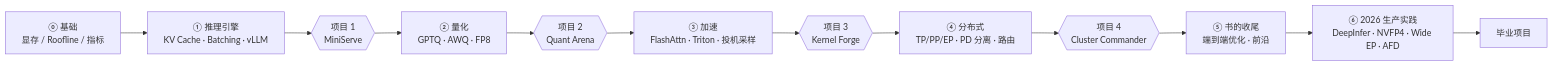
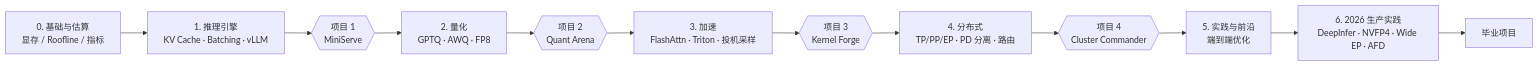
One commit to zrpxx/hands-on-llm-serving-opt changed the diagram in README.md. Above: the diagram before and after it, drawn with Mermaid. The commit also changed other lines of this file and 95 other files, not shown here.

````diff
--- a/README.md
+++ b/README.md
@@ -28,14 +28,14 @@
 ```mermaid
 flowchart LR
-  S0["⓪ 基础<br/>显存 / Roofline / 指标"] --> S1["① 推理引擎<br/>KV Cache · Batching · vLLM"]
+  S0["0. 基础与估算<br/>显存 / Roofline / 指标"] --> S1["1. 推理引擎<br/>KV Cache · Batching · vLLM"]
   S1 --> B1{{"项目 1<br/>MiniServe"}}
-  B1 --> S2["② 量化<br/>GPTQ · AWQ · FP8"]
+  B1 --> S2["2. 量化<br/>GPTQ · AWQ · FP8"]
   S2 --> B2{{"项目 2<br/>Quant Arena"}}
-  B2 --> S3["③ 加速<br/>FlashAttn · Triton · 投机采样"]
+  B2 --> S3["3. 加速<br/>FlashAttn · Triton · 投机采样"]
   S3 --> B3{{"项目 3<br/>Kernel Forge"}}
-  B3 --> S4["④ 分布式<br/>TP/PP/EP · PD 分离 · 路由"]
+  B3 --> S4["4. 分布式<br/>TP/PP/EP · PD 分离 · 路由"]
   S4 --> B4{{"项目 4<br/>Cluster Commander"}}
-  B4 --> S5["⑤ 书的收尾<br/>端到端优化 · 前沿"]
-  S5 --> S6["⑥ 2026 生产实践<br/>DeepInfer · NVFP4 · Wide EP · AFD"]
+  B4 --> S5["5. 实践与前沿<br/>端到端优化"]
+  S5 --> S6["6. 2026 生产实践<br/>DeepInfer · NVFP4 · Wide EP · AFD"]
   S6 --> F["毕业项目"]
 ```
````
